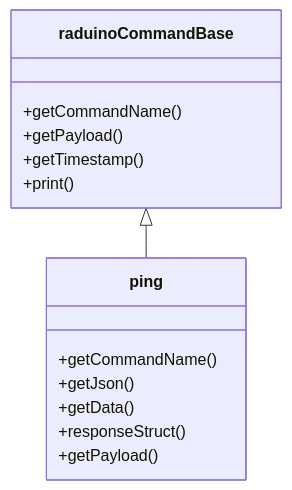
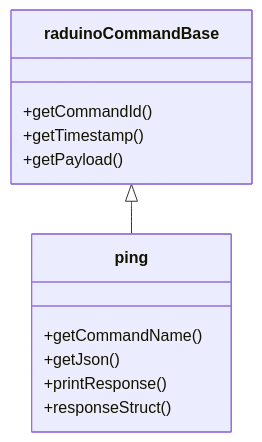
The diagram in doc/reference-guides/commands/command-methods.md (LarsIndresaeter/radio-arduino), drawn with Mermaid before and after one commit. The commit also changed 3 other files, not shown here.

````diff
--- a/doc/reference-guides/commands/command-methods.md
+++ b/doc/reference-guides/commands/command-methods.md
@@ -3,15 +3,13 @@
 ```mermaid
 classDiagram
     raduinoCommandBase <|-- ping
-    raduinoCommandBase: +getCommandName()
+    raduinoCommandBase: +getCommandId()
+    raduinoCommandBase: +getTimestamp()
     raduinoCommandBase: +getPayload()
-    raduinoCommandBase: +getTimestamp()
-    raduinoCommandBase: +print()
     class ping{
       +getCommandName()
       +getJson()
-      +getData()
+      +printResponse()
       +responseStruct()
-      +getPayload()
     }
 ```
````
